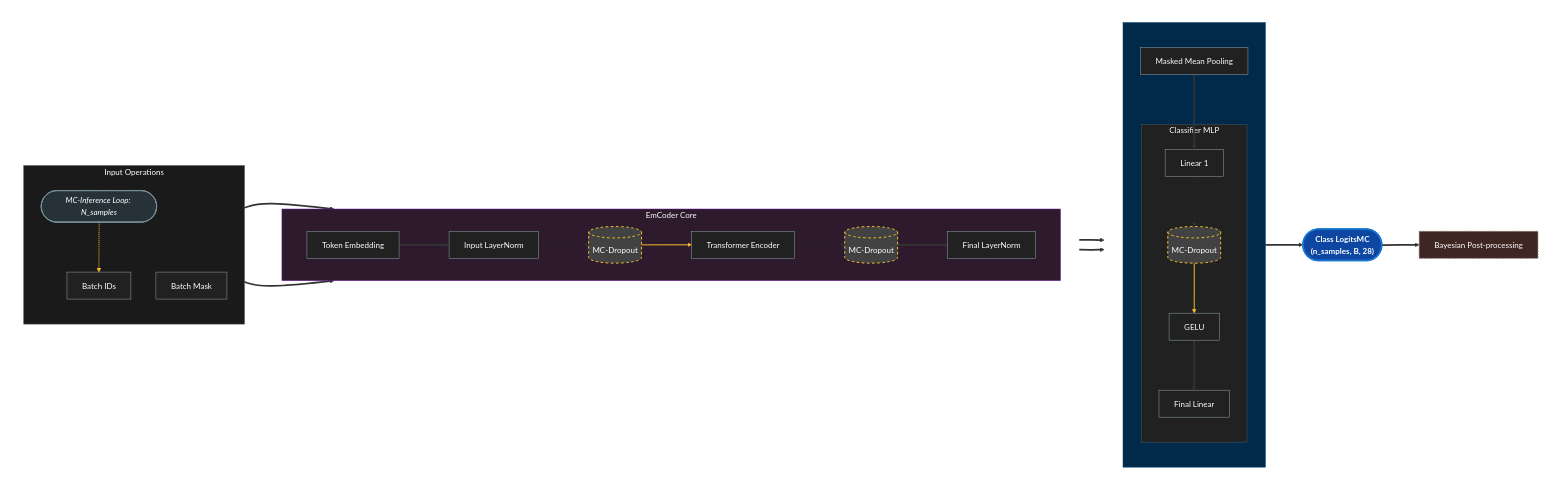
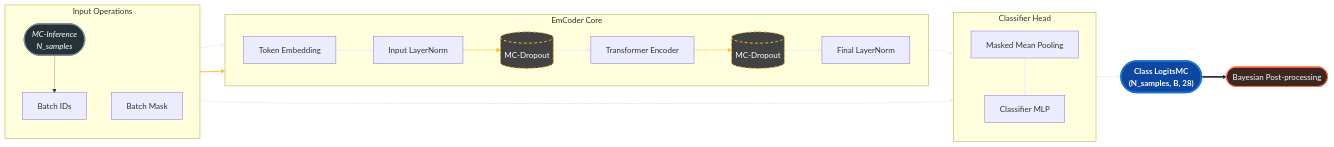
The first of 2 diagrams in README.md (yezdata/emcoder), drawn with Mermaid before and after one commit.

````diff
--- a/README.md
+++ b/README.md
@@ -60,88 +60,49 @@
 ```mermaid
 flowchart LR
+    subgraph InputGroup["Input Operations"]
+        direction TB
+        MCD_Loop(["MC-Inference 
+        N_samples"]):::LoopNode
+        ids["Batch IDs"]
+        mask["Batch Mask"]
+    end
 
-subgraph InputGroup["Input Operations"]
-    direction TB
-    MCD_Loop(["MC-Inference Loop: N_samples"]):::LoopNode
-    ids["Batch IDs"]
-    mask["Batch Mask"]
-end
+    subgraph EmCoderCore["EmCoder Core"]
+        direction LR
+        tok_emb["Token Embedding"]
+        ln_in["Input LayerNorm"]
+        Transformer["Transformer Encoder"]
+        final_norm["Final LayerNorm"]
+        Dropout1[("MC-Dropout")]:::MCD
+        Dropout2[("MC-Dropout")]:::MCD
+    end
 
-subgraph EmCoderCore["EmCoder Core"]
-    direction LR
-    tok_emb["Token Embedding"]
-    ln_in["Input LayerNorm"]
-    Transformer["Transformer Encoder"]
-    final_norm["Final LayerNorm"]
-    Dropout1[("MC-Dropout")]
-    Dropout2[("MC-Dropout")]
-end
+    subgraph ClassifierHead["Classifier Head"]
+        direction TB
+        pool["Masked Mean Pooling"]
+        MLP["Classifier MLP"]
+    end
 
-subgraph Row1[" "]
-    direction LR
-    InputGroup
-    EmCoderCore
-end
+    MCD_Loop -.-> ids
+    ids ==> tok_emb
+    tok_emb ==> ln_in
+    ln_in -.-> Dropout1
+    Dropout1 ==> Transformer
+    mask ==> Transformer
+    Transformer -.-> Dropout2
+    Dropout2 ==> final_norm
+    final_norm ==> pool
+    mask ==> pool
+    pool ==> MLP
+    MLP ==> Out(["Class LogitsMC
+    (N_samples, B, 28)"]):::OutNode
+    Out ==> Avg(["Bayesian Post-processing"]):::BayesNode
 
-subgraph MLP["Classifier MLP"]
-    L_lin["Linear 1"]
-    Dropout3[("MC-Dropout")]
-    GELU["GELU"]
-    F_lin["Final Linear"]
-end
-
-subgraph ClassifierHead[" "]
-    direction TB
-    pool["Masked Mean Pooling"]
-    MLP
-end
-
-subgraph Row2[" "]
-    direction LR
-    ClassifierHead
-    Out(["Class LogitsMC
-    (n_samples, B, 28)"])
-
-    Avg["Bayesian Post-processing"]
-end
-
-tok_emb ==> ln_in
-ln_in -.-> Dropout1
-Dropout1 ==> Transformer
-Transformer -.-> Dropout2
-Dropout2 ==> final_norm
-MCD_Loop -.-> ids
-ids ==> tok_emb
-final_norm ==> pool
-mask ==> pool
-pool ==> L_lin
-L_lin -.-> Dropout3
-Dropout3 ==> GELU
-GELU ==> F_lin
-F_lin ==> Out
-Out ==> Avg
-mask ==> Transformer
-
-classDef MCD fill:#424242,stroke:#fbc02d,stroke-width:2px,stroke-dasharray: 5 5,color:#fff
-classDef OutNode fill:#0d47a1,stroke:#1976d2,stroke-width:3px,color:#fff,font-weight:bold
-classDef BayesNode fill:#3e2723,stroke:#8d6e63,stroke-width:2px,stroke-dasharray: 3 3,color:#fff
-classDef LoopNode fill:#263238,stroke:#78909c,stroke-width:2px,color:#fff,font-style:italic
-classDef LightNode fill:#212121,stroke:#90a4ae,color:#fff
-
-class MCD_Loop LoopNode
-class ids,mask,tok_emb,ln_in,Transformer,final_norm,L_lin,GELU,F_lin,pool LightNode
-class Dropout1,Dropout2,Dropout3 MCD
-class Out OutNode
-class Avg BayesNode
-
-style InputGroup fill:#1a1a1a,stroke:#444,color:#fff
-style EmCoderCore fill:#2d1a2d,stroke:#6a1b9a,color:#fff
-style MLP fill:#212121,stroke:#455a64,color:#fff
-style ClassifierHead fill:#012a4a,stroke:#01497c,color:#fff
-style Row1 fill:none,stroke:none
-style Row2 fill:none,stroke:none
-
-linkStyle 2 stroke:#fbc02d,stroke-width:2px,fill:none
-linkStyle 5 stroke:#fbc02d,stroke-width:2px,fill:none
-linkStyle 11 stroke:#fbc02d,stroke-width:2px,fill:none
+    classDef MCD fill:#424242,stroke:#fbc02d,stroke-width:2px,stroke-dasharray: 5 5,color:#fff
+    classDef OutNode fill:#0d47a1,stroke:#1976d2,stroke-width:3px,color:#fff,font-weight:bold
+    classDef BayesNode fill:#3e2723,stroke:#ff7043,stroke-width:2px,color:#fff
+    classDef LoopNode fill:#263238,stroke:#78909c,stroke-width:2px,color:#fff,font-style:italic
+    
+    linkStyle 1,2,4,7,8,9,10,11 stroke:#eceff1,stroke-width:2px
+    linkStyle 3,5,6 stroke:#fbc02d,stroke-width:2px
 ```
````
